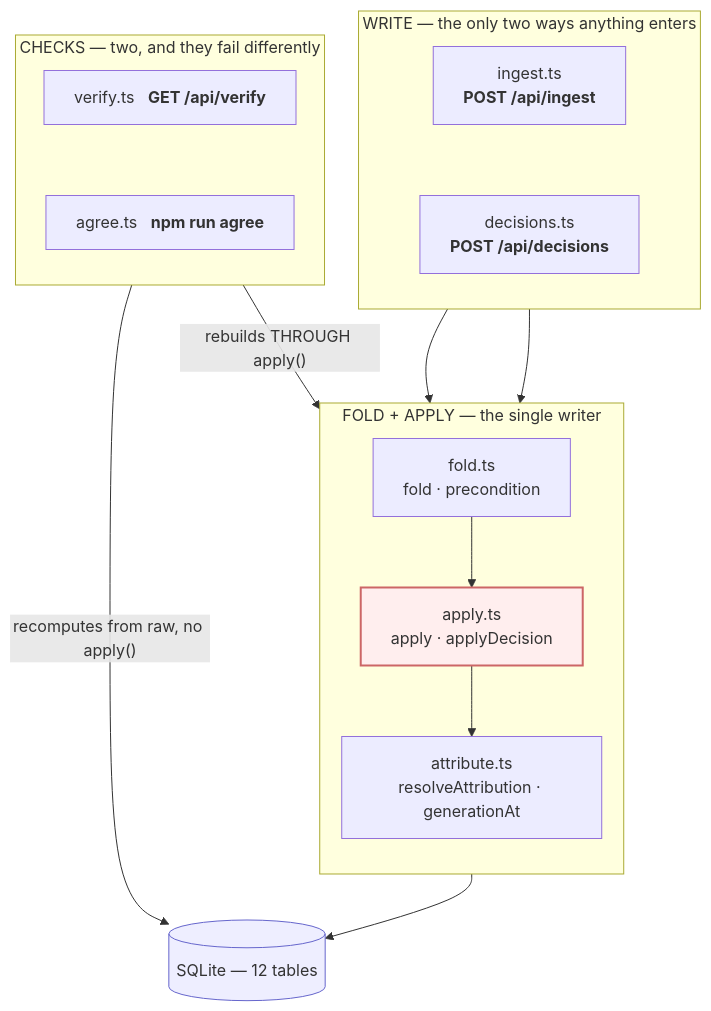
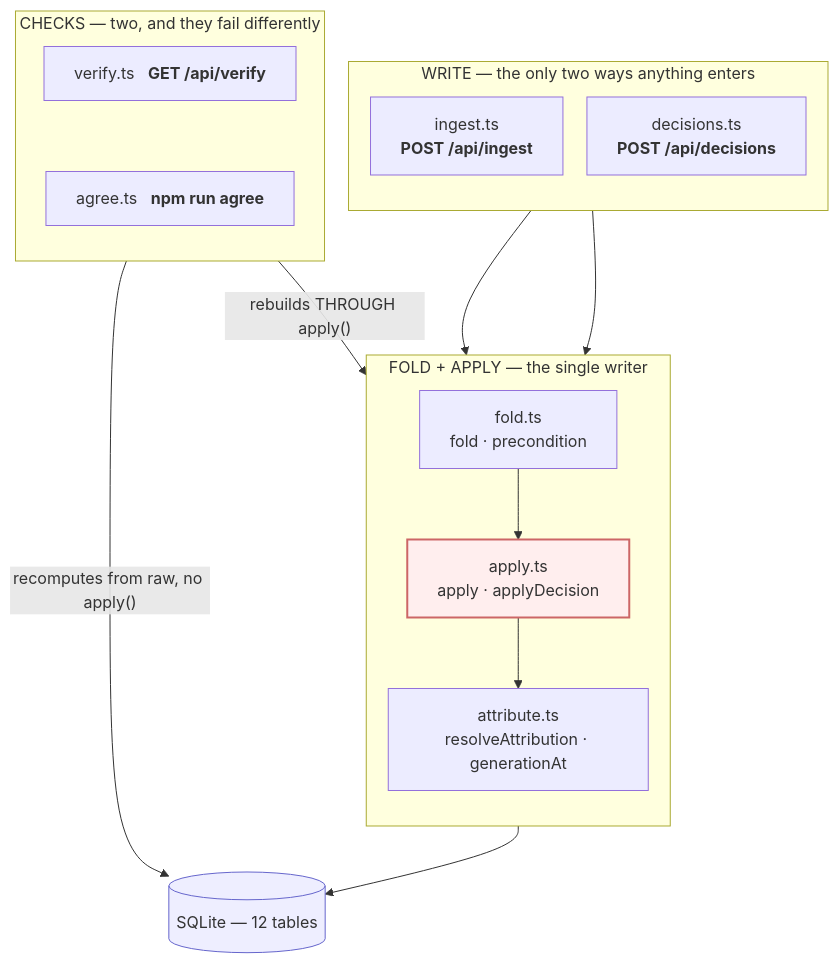
The third of 7 diagrams in docs/ARCHITECTURE.md (senoalvrtsyan/flawless-loop), drawn with Mermaid before and after one commit. The commit also changed other lines of this file and 1 other file, not shown here.

````diff
--- a/docs/ARCHITECTURE.md
+++ b/docs/ARCHITECTURE.md
@@ -124,38 +124,37 @@
 ```mermaid
 %%{init: {"flowchart": {"nodeSpacing": 24, "rankSpacing": 46, "diagramPadding": 4}}}%%
 flowchart TB
   subgraph W["WRITE — the only two ways anything enters"]
     direction TB
     I["ingest.ts<br/><b>POST /api/ingest</b>"]
     D["decisions.ts<br/><b>POST /api/decisions</b>"]
-    I ~~~ D
   end
 
   subgraph F["FOLD + APPLY — the single writer"]
     direction TB
     FO["fold.ts<br/>fold · precondition"]
     A["apply.ts<br/>apply · applyDecision"]
     AT["attribute.ts<br/>resolveAttribution · generationAt"]
   end
 
   DB[("SQLite — 12 tables")]
 
   subgraph CK["CHECKS — two, and they fail differently"]
     direction TB
     VE["verify.ts &nbsp; <b>GET /api/verify</b>"]
     AG["agree.ts &nbsp; <b>npm run agree</b>"]
     VE ~~~ AG
   end
 
   I --> A
   D --> FO --> A
   A --> AT
   A --> DB
   VE -- "rebuilds THROUGH apply()" --> A
   AG -- "recomputes from raw, no apply()" --> DB
 
   classDef writer fill:#fee,stroke:#c66,stroke-width:2px
   classDef store fill:#eef,stroke:#66c
   class A writer
   class DB store
 ```
````
